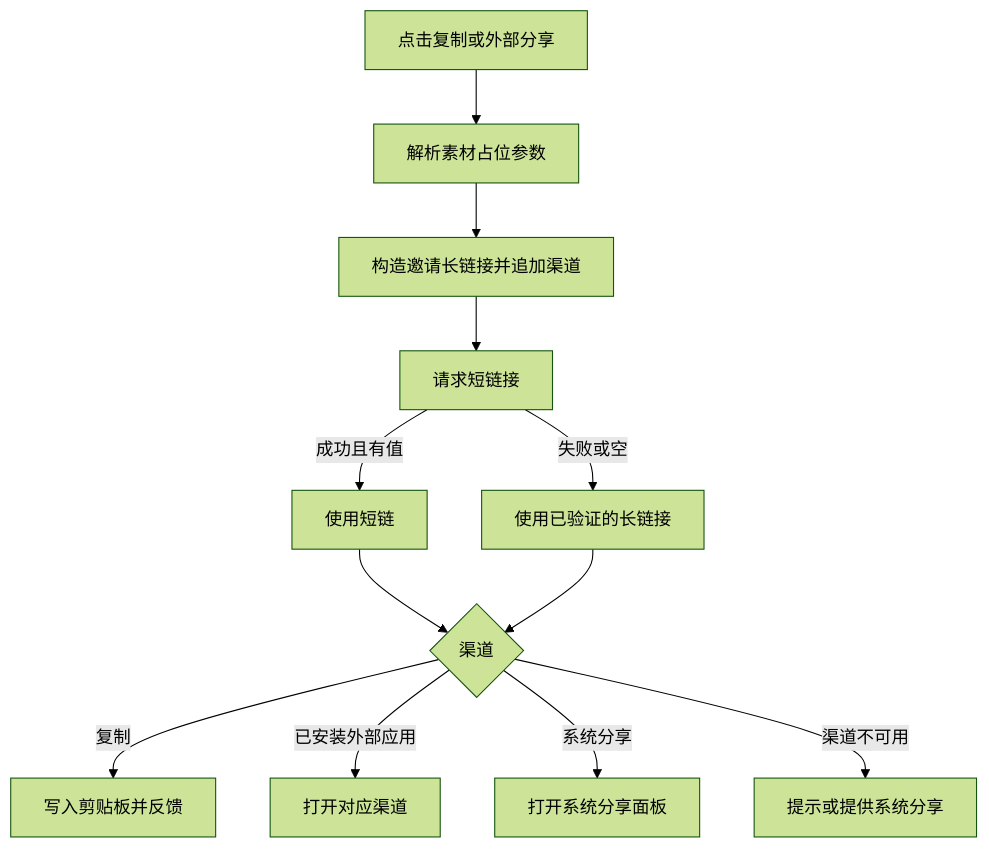
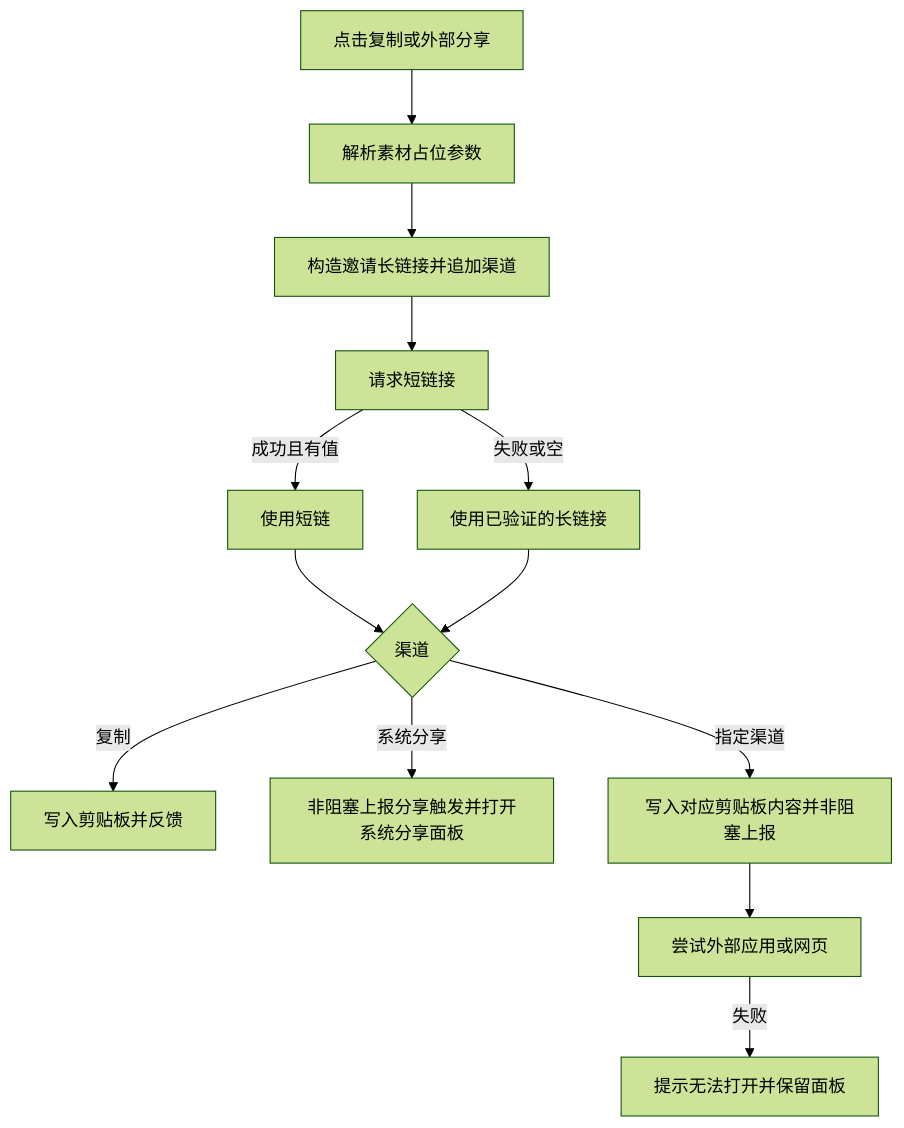
One commit to houdzaiw/iSnow changed the second of 16 diagrams in docs/room/room_more_tools_flow.md. Above: the diagram before and after it, drawn with Mermaid (forest theme). The commit also changed other lines of this file and 47 other files, not shown here.

````diff
--- a/docs/room/room_more_tools_flow.md
+++ b/docs/room/room_more_tools_flow.md
@@ -187,14 +191,15 @@
 ```mermaid
 flowchart TD
     A[点击复制或外部分享] --> B[解析素材占位参数]
     B --> C[构造邀请长链接并追加渠道]
     C --> D[请求短链接]
     D -->|成功且有值| E[使用短链]
     D -->|失败或空| F[使用已验证的长链接]
     E --> G{渠道}
     F --> G
     G -->|复制| H[写入剪贴板并反馈]
-    G -->|已安装外部应用| I[打开对应渠道]
-    G -->|系统分享| J[打开系统分享面板]
-    G -->|渠道不可用| K[提示或提供系统分享]
+    G -->|系统分享| J[非阻塞上报分享触发并打开系统分享面板]
+    G -->|指定渠道| K[写入对应剪贴板内容并非阻塞上报]
+    K --> L[尝试外部应用或网页]
+    L -->|失败| M[提示无法打开并保留面板]
 ```
````
